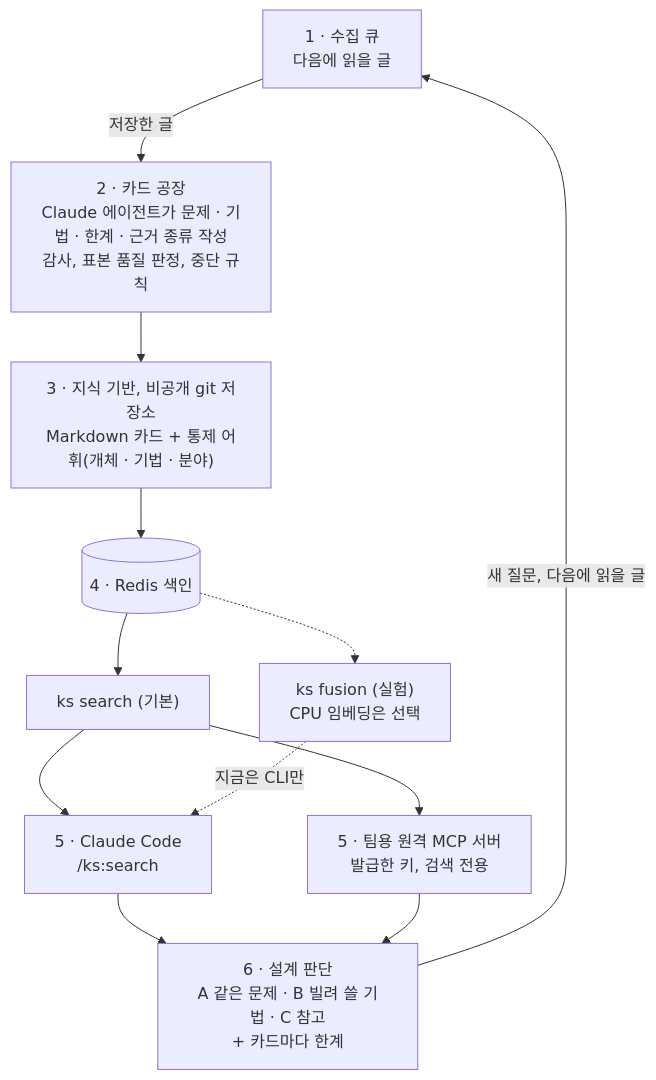
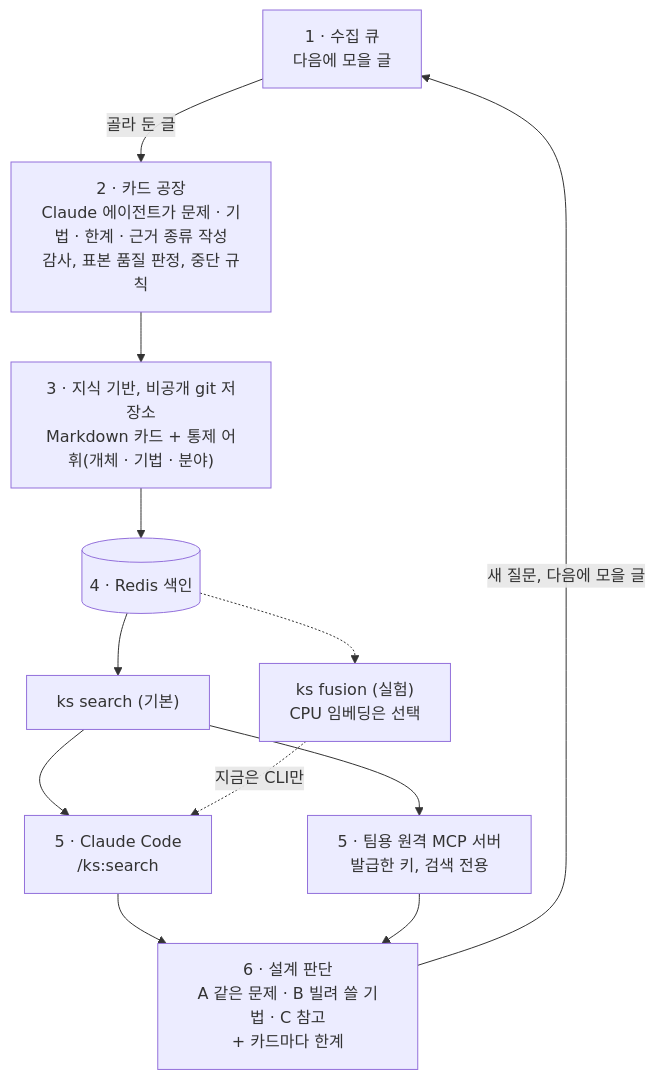
The second of 2 diagrams in README.ko.md (ai-dev-methodologies/knowledge-scout), drawn with Mermaid before and after one commit. The commit also changed other lines of this file and 1 other file, not shown here.

````diff
--- a/README.ko.md
+++ b/README.ko.md
@@ -57,12 +57,12 @@
 ```mermaid
 flowchart TB
-    Q["1 · 수집 큐<br/>다음에 읽을 글"] -->|"저장한 글"| CF["2 · 카드 공장<br/>Claude 에이전트가 문제 · 기법 · 한계 · 근거 종류 작성<br/>감사, 표본 품질 판정, 중단 규칙"]
+    Q["1 · 수집 큐<br/>다음에 모을 글"] -->|"골라 둔 글"| CF["2 · 카드 공장<br/>Claude 에이전트가 문제 · 기법 · 한계 · 근거 종류 작성<br/>감사, 표본 품질 판정, 중단 규칙"]
     CF --> KB["3 · 지식 기반, 비공개 git 저장소<br/>Markdown 카드 + 통제 어휘(개체 · 기법 · 분야)"]
     KB --> IX[("4 · Redis 색인")]
     IX --> KS["ks search (기본)"]
     IX -.-> KF["ks fusion (실험)<br/>CPU 임베딩은 선택"]
     KS --> CC["5 · Claude Code<br/>/ks:search"] & MC["5 · 팀용 원격 MCP 서버<br/>발급한 키, 검색 전용"]
     KF -.->|"지금은 CLI만"| CC
     CC & MC --> DD["6 · 설계 판단<br/>A 같은 문제 · B 빌려 쓸 기법 · C 참고<br/>+ 카드마다 한계"]
-    DD -->|"새 질문, 다음에 읽을 글"| Q
+    DD -->|"새 질문, 다음에 모을 글"| Q
 ```
````
